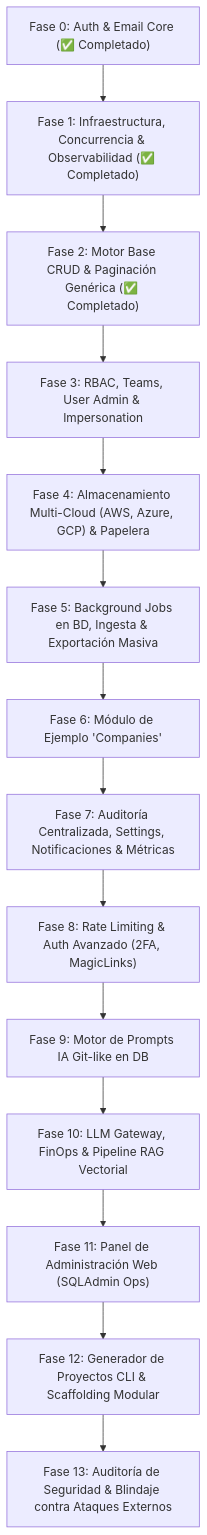
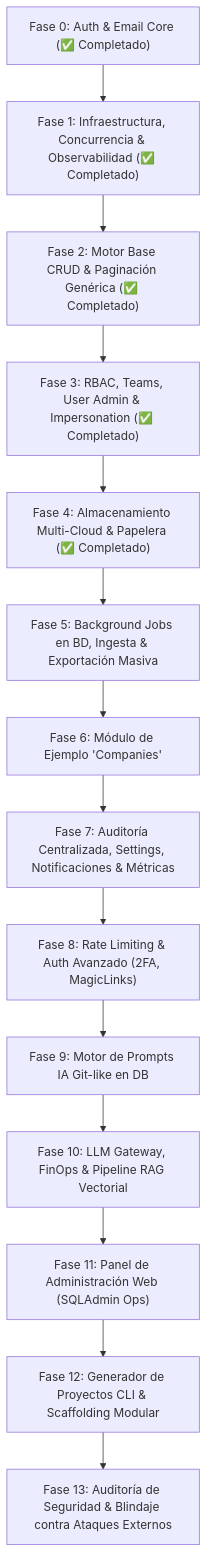
One commit to javireyramirez/fastapi_plantilla changed the diagram in ROADMAP.md. Above: the diagram before and after it, drawn with Mermaid. The commit also changed other lines of this file and 30 other files, not shown here.

````diff
--- a/ROADMAP.md
+++ b/ROADMAP.md
@@ -30,16 +30,16 @@
 ```mermaid
 flowchart TD
     F0["Fase 0: Auth & Email Core (✅ Completado)"] --> F1["Fase 1: Infraestructura, Concurrencia & Observabilidad (✅ Completado)"]
     F1 --> F2["Fase 2: Motor Base CRUD & Paginación Genérica (✅ Completado)"]
-    F2 --> F3["Fase 3: RBAC, Teams, User Admin & Impersonation"]
-    F3 --> F4["Fase 4: Almacenamiento Multi-Cloud (AWS, Azure, GCP) & Papelera"]
+    F2 --> F3["Fase 3: RBAC, Teams, User Admin & Impersonation (✅ Completado)"]
+    F3 --> F4["Fase 4: Almacenamiento Multi-Cloud & Papelera (✅ Completado)"]
     F4 --> F5["Fase 5: Background Jobs en BD, Ingesta & Exportación Masiva"]
     F5 --> F6["Fase 6: Módulo de Ejemplo 'Companies'"]
     F6 --> F7["Fase 7: Auditoría Centralizada, Settings, Notificaciones & Métricas"]
     F7 --> F8["Fase 8: Rate Limiting & Auth Avanzado (2FA, MagicLinks)"]
     F8 --> F9["Fase 9: Motor de Prompts IA Git-like en DB"]
     F9 --> F10["Fase 10: LLM Gateway, FinOps & Pipeline RAG Vectorial"]
     F10 --> F11["Fase 11: Panel de Administración Web (SQLAdmin Ops)"]
     F11 --> F12["Fase 12: Generador de Proyectos CLI & Scaffolding Modular"]
     F12 --> F13["Fase 13: Auditoría de Seguridad & Blindaje contra Ataques Externos"]
 ```
````
